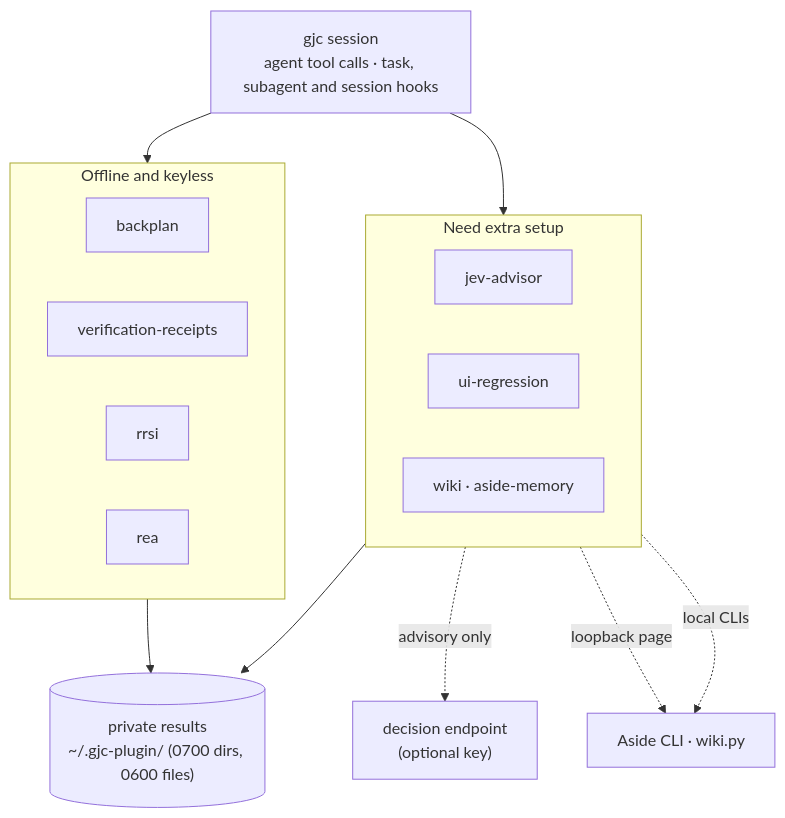
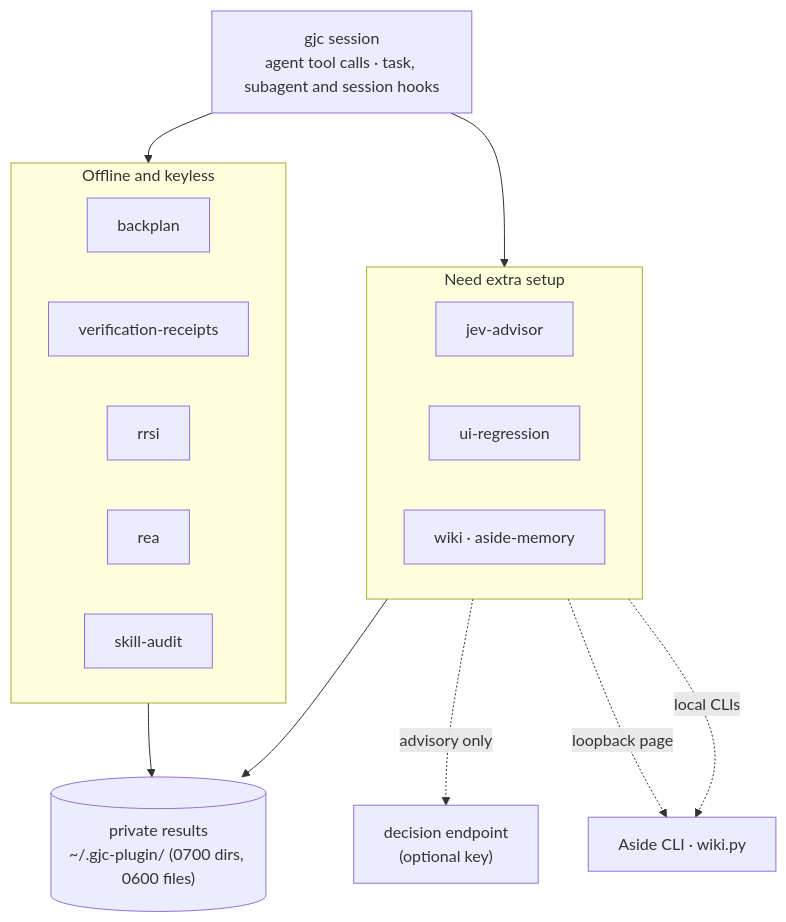
Before and after one commit to jjongguet/gjc-plugin: the diagram in README.md, drawn with Mermaid. The commit also changed other lines of this file and 20 other files, not shown here.

First line of the commit message:
feat(skill-audit): installed-vs-used catalog audit from session transcripts

````diff
--- a/README.md
+++ b/README.md
@@ -86,27 +87,28 @@
 ```mermaid
 flowchart TB
   session["gjc session<br/>agent tool calls · task, subagent and session hooks"]
   subgraph offline["Offline and keyless"]
     direction LR
     bp["backplan"]
     vr["verification-receipts"]
     rr["rrsi"]
     rea["rea"]
+    sa["skill-audit"]
   end
   subgraph external["Need extra setup"]
     direction LR
     jev["jev-advisor"]
     ui["ui-regression"]
     personal["wiki · aside-memory"]
   end
   store[("private results<br/>~/.gjc-plugin/ (0700 dirs, 0600 files)")]
   decisions["decision endpoint<br/>(optional key)"]
   tools["Aside CLI · wiki.py"]
   session --> offline
   session --> external
   offline --> store
   external --> store
   jev -. advisory only .-> decisions
   ui -. loopback page .-> tools
   personal -. local CLIs .-> tools
 ```
````
